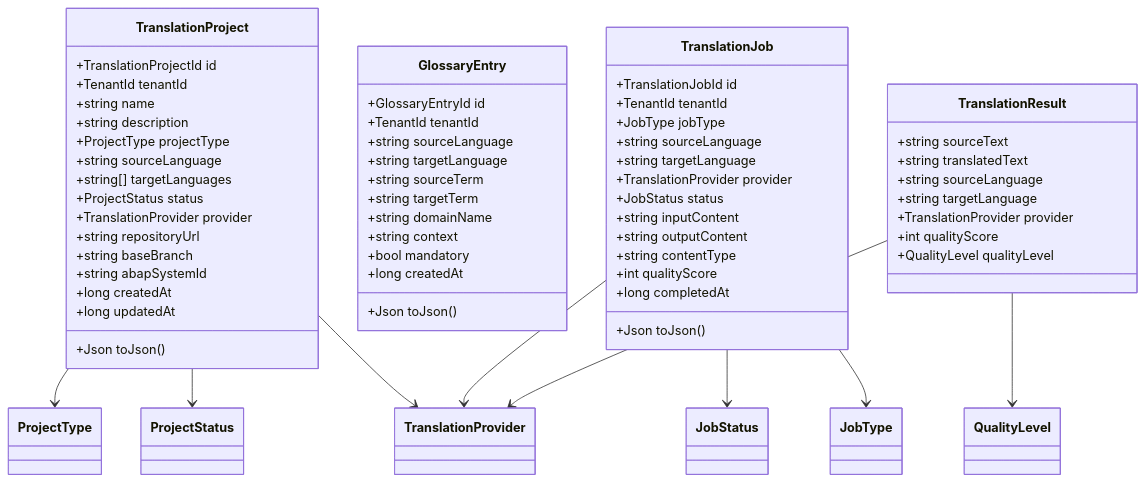
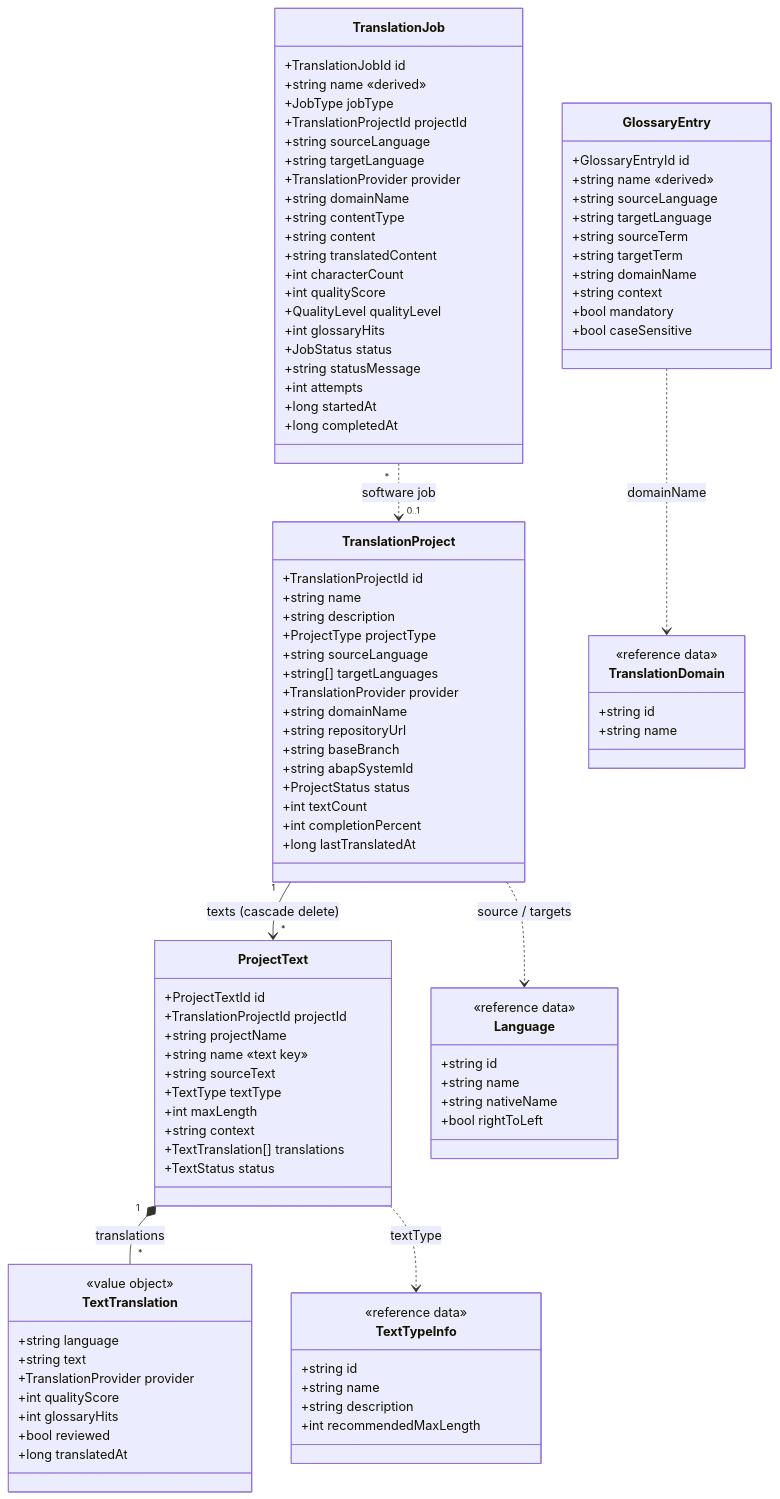
Before and after one commit to UIMSolutions/uim-platform: the first of 13 diagrams in translation/UML.md, drawn with Mermaid. The commit also changed other lines of this file and 62 other files, not shown here.

````diff
--- a/translation/UML.md
+++ b/translation/UML.md
@@ -11,25 +13,46 @@
 classDiagram
     class TranslationProject {
         +TranslationProjectId id
-        +TenantId tenantId
         +string name
         +string description
         +ProjectType projectType
         +string sourceLanguage
         +string[] targetLanguages
-        +ProjectStatus status
         +TranslationProvider provider
+        +string domainName
         +string repositoryUrl
         +string baseBranch
         +string abapSystemId
-        +long createdAt
-        +long updatedAt
-        +Json toJson()
+        +ProjectStatus status
+        +int textCount
+        +int completionPercent
+        +long lastTranslatedAt
     }
-
+    class ProjectText {
+        +ProjectTextId id
+        +TranslationProjectId projectId
+        +string projectName
+        +string name «text key»
+        +string sourceText
+        +TextType textType
+        +int maxLength
+        +string context
+        +TextTranslation[] translations
+        +TextStatus status
+    }
+    class TextTranslation {
+        <<value object>>
+        +string language
+        +string text
+        +TranslationProvider provider
+        +int qualityScore
+        +int glossaryHits
+        +bool reviewed
+        +long translatedAt
+    }
     class GlossaryEntry {
         +GlossaryEntryId id
-        +TenantId tenantId
+        +string name «derived»
         +string sourceLanguage
         +string targetLanguage
         +string sourceTerm
@@ -37,42 +60,54 @@
         +string domainName
         +string context
         +bool mandatory
-        +long createdAt
-        +Json toJson()
+        +bool caseSensitive
     }
-
     class TranslationJob {
         +TranslationJobId id
-        +TenantId tenantId
+        +string name «derived»
         +JobType jobType
+        +TranslationProjectId projectId
         +string sourceLanguage
         +string targetLanguage
         +TranslationProvider provider
+        +string domainName
+        +string contentType
+        +string content
+        +string translatedContent
+        +int characterCount
+        +int qualityScore
+        +QualityLevel qualityLevel
+        +int glossaryHits
         +JobStatus status
-        +string inputContent
-        +string outputContent
-        +string contentType
-        +int qualityScore
+        +string statusMessage
+        +int attempts
+        +long startedAt
         +long completedAt
-        +Json toJson()
+    }
+    class Language {
+        <<reference data>>
+        +string id
+        +string name
+        +string nativeName
+        +bool rightToLeft
+    }
+    class TranslationDomain {
+        <<reference data>>
+        +string id
+        +string name
+    }
+    class TextTypeInfo {
+        <<reference data>>
+        +string id
+        +string name
+        +string description
+        +int recommendedMaxLength
     }
 
-    class TranslationResult {
-        +string sourceText
-        +string translatedText
-        +string sourceLanguage
-        +string targetLanguage
-        +TranslationProvider provider
-        +int qualityScore
-        +QualityLevel qualityLevel
-    }
-
-    TranslationProject --> ProjectType
-    TranslationProject --> ProjectStatus
-    TranslationProject --> TranslationProvider
-    TranslationJob --> JobStatus
-    TranslationJob --> JobType
-    TranslationJob --> TranslationProvider
-    TranslationResult --> TranslationProvider
-    TranslationResult --> QualityLevel
+    TranslationProject "1" --> "*" ProjectText : texts (cascade delete)
+    ProjectText "1" *-- "*" TextTranslation : translations
+    TranslationJob "*" ..> "0..1" TranslationProject : software job
+    GlossaryEntry ..> TranslationDomain : domainName
+    TranslationProject ..> Language : source / targets
+    ProjectText ..> TextTypeInfo : textType
 ```
````
